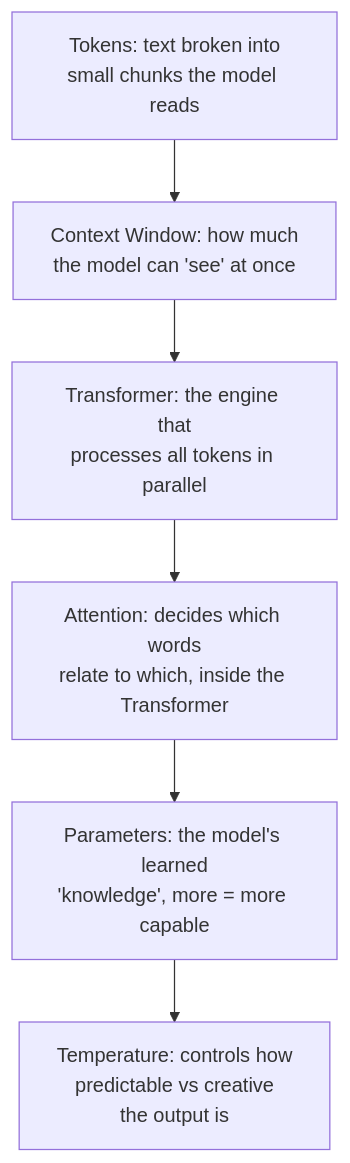
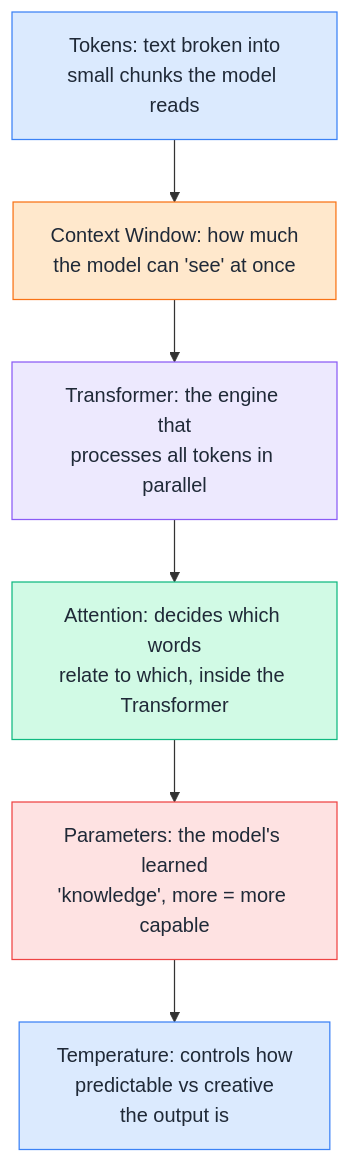
The seventh of 7 diagrams in Week 1 — LLM & GenAI Foundations/Day 2 — How LLMs Work.md (saghosh8/AI-For-DevOps), drawn with Mermaid before and after one commit. The commit also changed other lines of this file, not shown here.

````diff
--- a/Week 1 — LLM & GenAI Foundations/Day 2 — How LLMs Work.md
+++ b/Week 1 — LLM & GenAI Foundations/Day 2 — How LLMs Work.md
@@ -131,8 +203,21 @@
 ```mermaid
 flowchart TD
     A["Tokens: text broken into\nsmall chunks the model reads"] --> B["Context Window: how much\nthe model can 'see' at once"]
     B --> C["Transformer: the engine that\nprocesses all tokens in parallel"]
     C --> D["Attention: decides which words\nrelate to which, inside the Transformer"]
     D --> E["Parameters: the model's learned\n'knowledge', more = more capable"]
     E --> F["Temperature: controls how\npredictable vs creative\nthe output is"]
+
+    classDef blue fill:#DBEAFE,stroke:#3B82F6,color:#1F2937
+    classDef orange fill:#FFE8CC,stroke:#F97316,color:#1F2937
+    classDef purple fill:#EDE9FE,stroke:#8B5CF6,color:#1F2937
+    classDef green fill:#D1FAE5,stroke:#10B981,color:#1F2937
+    classDef red fill:#FEE2E2,stroke:#EF4444,color:#1F2937
+
+    class A blue
+    class B orange
+    class C purple
+    class D green
+    class E red
+    class F blue
 ```
````
